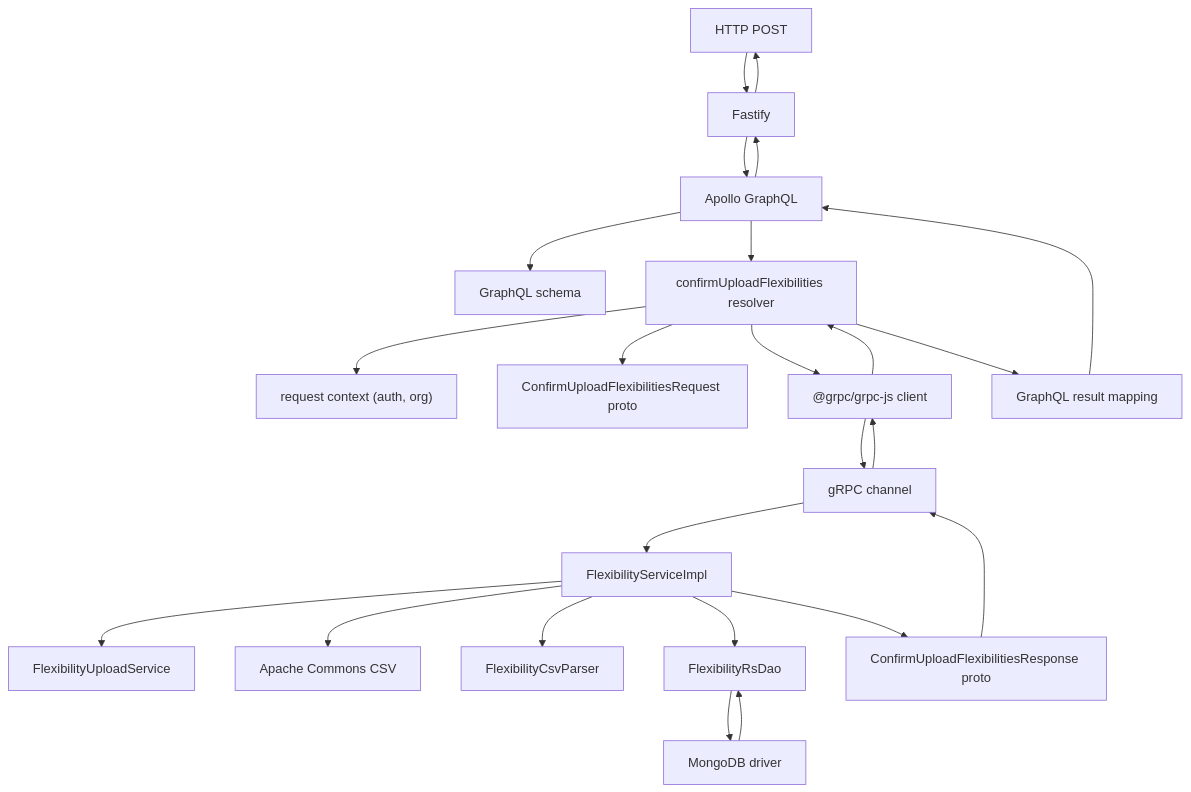
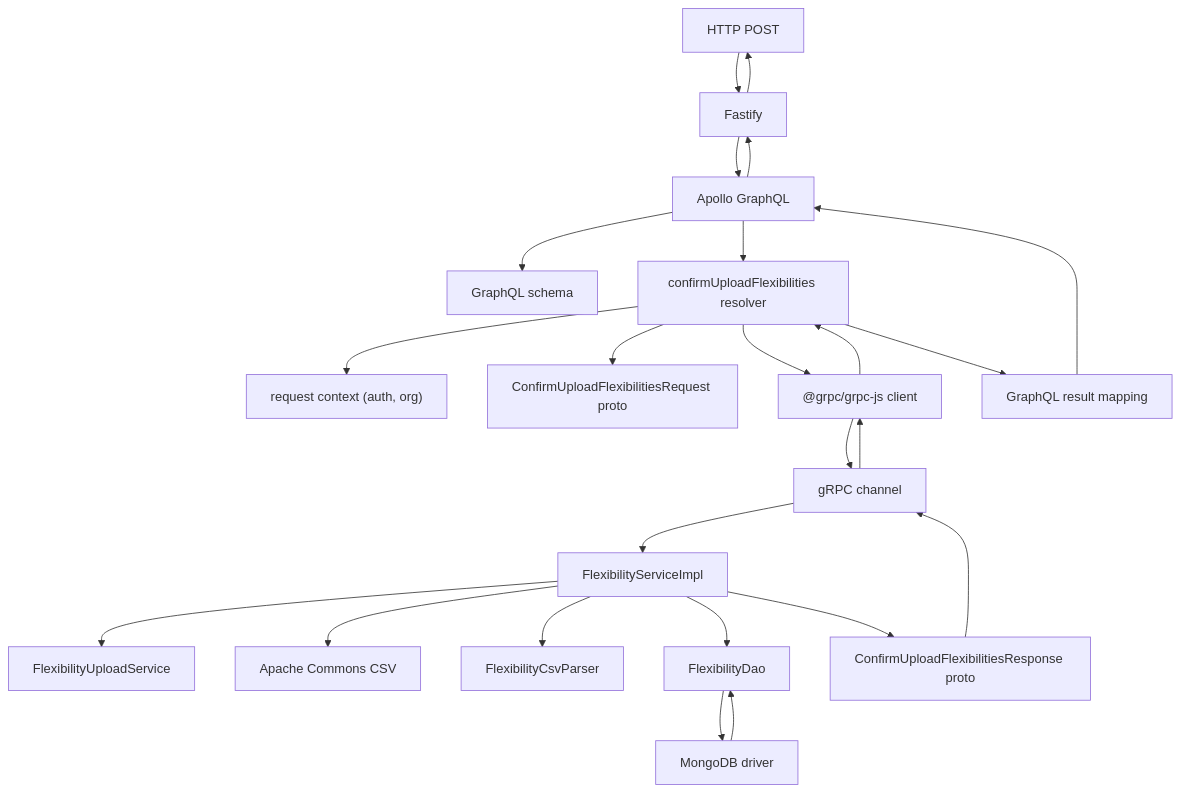
The third of 3 diagrams in app/usecases/import-flexibilities/confirm-upload/README.md (sbhrwl/microservices), drawn with Mermaid before and after one commit.

````diff
--- a/app/usecases/import-flexibilities/confirm-upload/README.md
+++ b/app/usecases/import-flexibilities/confirm-upload/README.md
@@ -66,26 +66,26 @@
 ```mermaid
 graph TD
   A["HTTP POST"] --> B["Fastify"]
   B --> C["Apollo GraphQL"]
   C --> D["GraphQL schema"]
   C --> E["confirmUploadFlexibilities resolver"]
   E --> F["request context (auth, org)"]
   E --> G["ConfirmUploadFlexibilitiesRequest proto"]
   E --> H["@grpc/grpc-js client"]
   H --> I["gRPC channel"]
   I --> J["FlexibilityServiceImpl"]
   J --> K["FlexibilityUploadService"]
   J --> L["Apache Commons CSV"]
   J --> M["FlexibilityCsvParser"]
-  J --> N["FlexibilityRsDao"]
+  J --> N["FlexibilityDao"]
   N --> O["MongoDB driver"]
   O --> N
   J --> P["ConfirmUploadFlexibilitiesResponse proto"]
   P --> I
   I --> H
   H --> E
   E --> Q["GraphQL result mapping"]
   Q --> C
   C --> B
   B --> A
 ```
````
